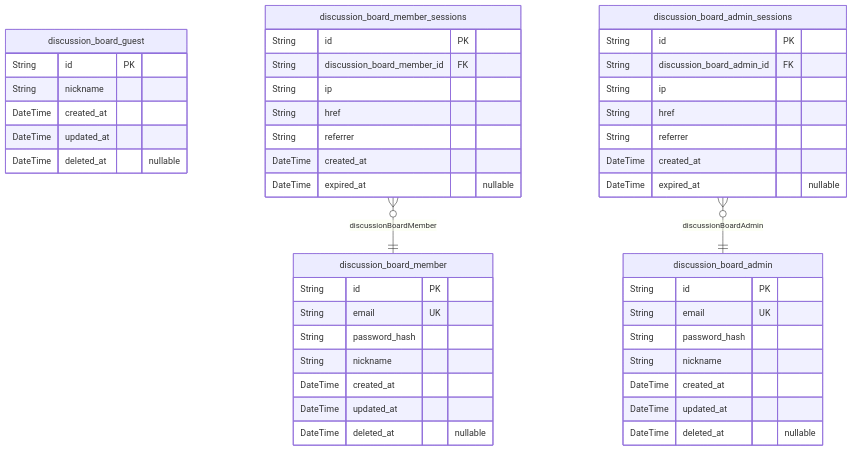
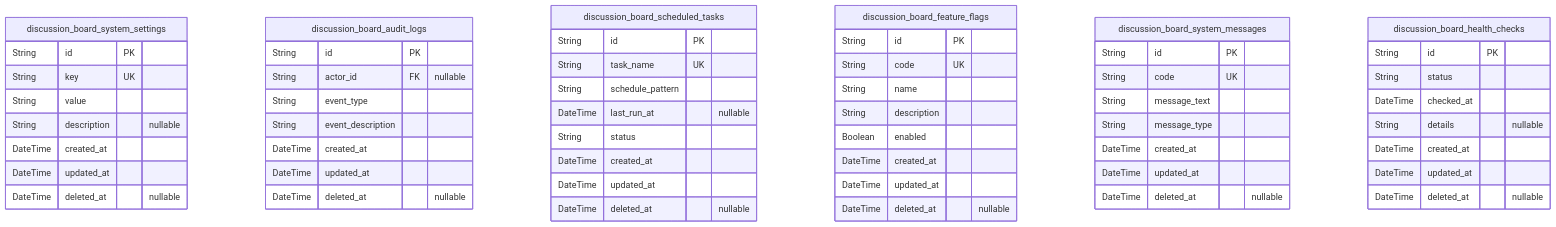
The second of 8 diagrams in openai/gpt-4.1-mini/bbs/docs/ERD.md (wrtnlabs/autobe-examples), drawn with Mermaid before and after one commit. The commit also changed other lines of this file and 23872 other files, not shown here.

````diff
--- a/openai/gpt-4.1-mini/bbs/docs/ERD.md
+++ b/openai/gpt-4.1-mini/bbs/docs/ERD.md
@@ -12,48 +388,59 @@
 ```mermaid
 erDiagram
-"discussion_board_guest" {
+"discussion_board_system_settings" {
   String id PK
-  String nickname
+  String key UK
+  String value
+  String description "nullable"
   DateTime created_at
   DateTime updated_at
   DateTime deleted_at "nullable"
 }
-"discussion_board_member" {
+"discussion_board_audit_logs" {
   String id PK
-  String email UK
-  String password_hash
-  String nickname
+  String actor_id FK "nullable"
+  String event_type
+  String event_description
   DateTime created_at
   DateTime updated_at
   DateTime deleted_at "nullable"
 }
-"discussion_board_member_sessions" {
+"discussion_board_scheduled_tasks" {
   String id PK
-  String discussion_board_member_id FK
-  String ip
-  String href
-  String referrer
-  DateTime created_at
-  DateTime expired_at "nullable"
-}
-"discussion_board_admin" {
-  String id PK
-  String email UK
-  String password_hash
-  String nickname
+  String task_name UK
+  String schedule_pattern
+  DateTime last_run_at "nullable"
+  String status
   DateTime created_at
   DateTime updated_at
   DateTime deleted_at "nullable"
 }
-"discussion_board_admin_sessions" {
+"discussion_board_feature_flags" {
   String id PK
-  String discussion_board_admin_id FK
-  String ip
-  String href
-  String referrer
+  String code UK
+  String name
+  String description
+  Boolean enabled
   DateTime created_at
-  DateTime expired_at "nullable"
+  DateTime updated_at
+  DateTime deleted_at "nullable"
 }
-"discussion_board_member_sessions" }o--|| "discussion_board_member" : discussionBoardMember
-"discussion_board_admin_sessions" }o--|| "discussion_board_admin" : discussionBoardAdmin
+"discussion_board_system_messages" {
+  String id PK
+  String code UK
+  String message_text
+  String message_type
+  DateTime created_at
+  DateTime updated_at
+  DateTime deleted_at "nullable"
+}
+"discussion_board_health_checks" {
+  String id PK
+  String status
+  DateTime checked_at
+  String details "nullable"
+  DateTime created_at
+  DateTime updated_at
+  DateTime deleted_at "nullable"
+}
 ```
````
